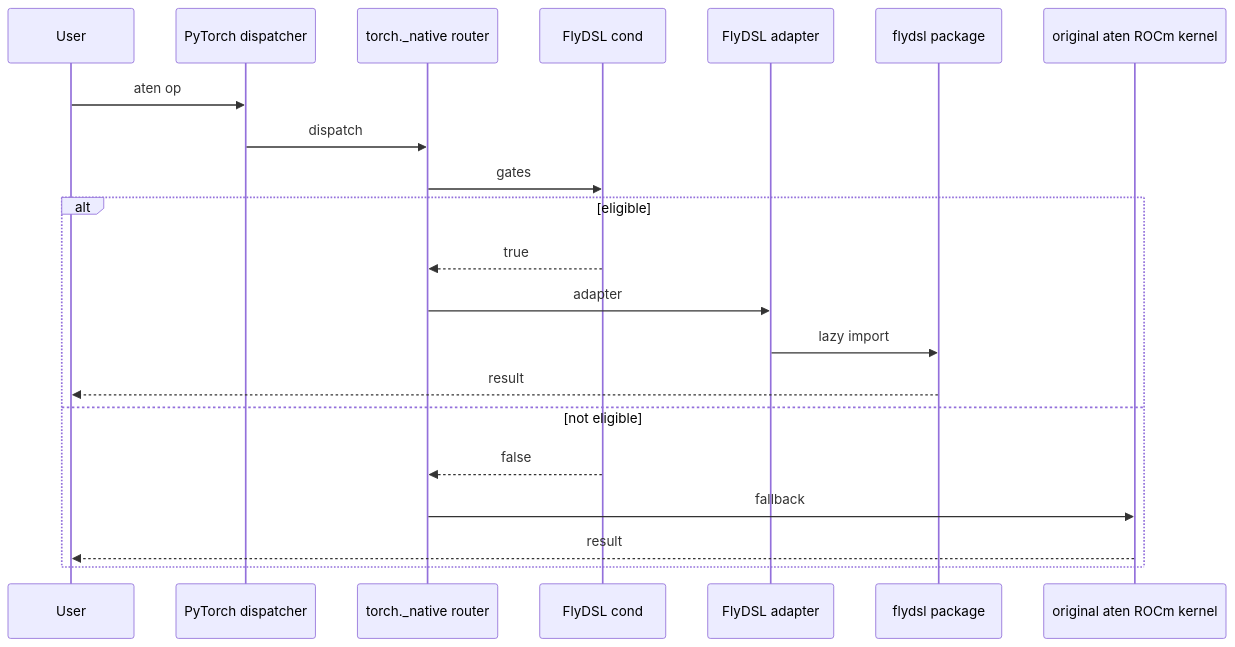
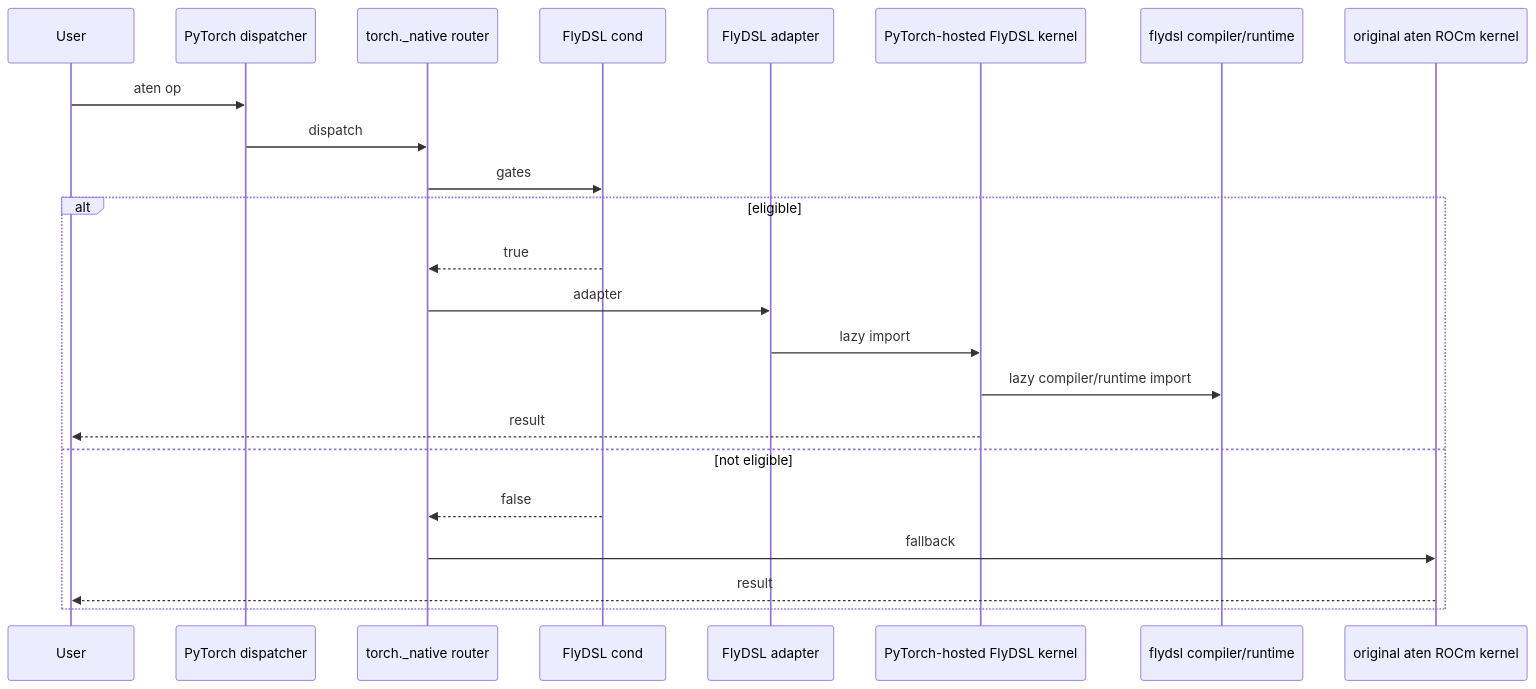
One commit to XiaobingSuper/FlyDSL changed the third of 5 diagrams in docs/pytorch_integration_rfc.md. Above: the diagram before and after it, drawn with Mermaid. The commit also changed other lines of this file, not shown here.

Commit message:
Update PyTorch integration RFC for hosted FlyDSL kernels

````diff
--- a/docs/pytorch_integration_rfc.md
+++ b/docs/pytorch_integration_rfc.md
@@ -218,24 +224,26 @@
 ```mermaid
 sequenceDiagram
     participant User
     participant Dispatcher as PyTorch dispatcher
     participant Router as torch._native router
     participant Cond as FlyDSL cond
     participant Impl as FlyDSL adapter
-    participant Fly as flydsl package
+    participant Kernel as PyTorch-hosted FlyDSL kernel
+    participant Fly as flydsl compiler/runtime
     participant Aten as original aten ROCm kernel
 
     User->>Dispatcher: aten op
     Dispatcher->>Router: dispatch
     Router->>Cond: gates
     alt eligible
         Cond-->>Router: true
         Router->>Impl: adapter
-        Impl->>Fly: lazy import
-        Fly-->>User: result
+        Impl->>Kernel: lazy import
+        Kernel->>Fly: lazy compiler/runtime import
+        Kernel-->>User: result
     else not eligible
         Cond-->>Router: false
         Router->>Aten: fallback
         Aten-->>User: result
     end
 ```
````
